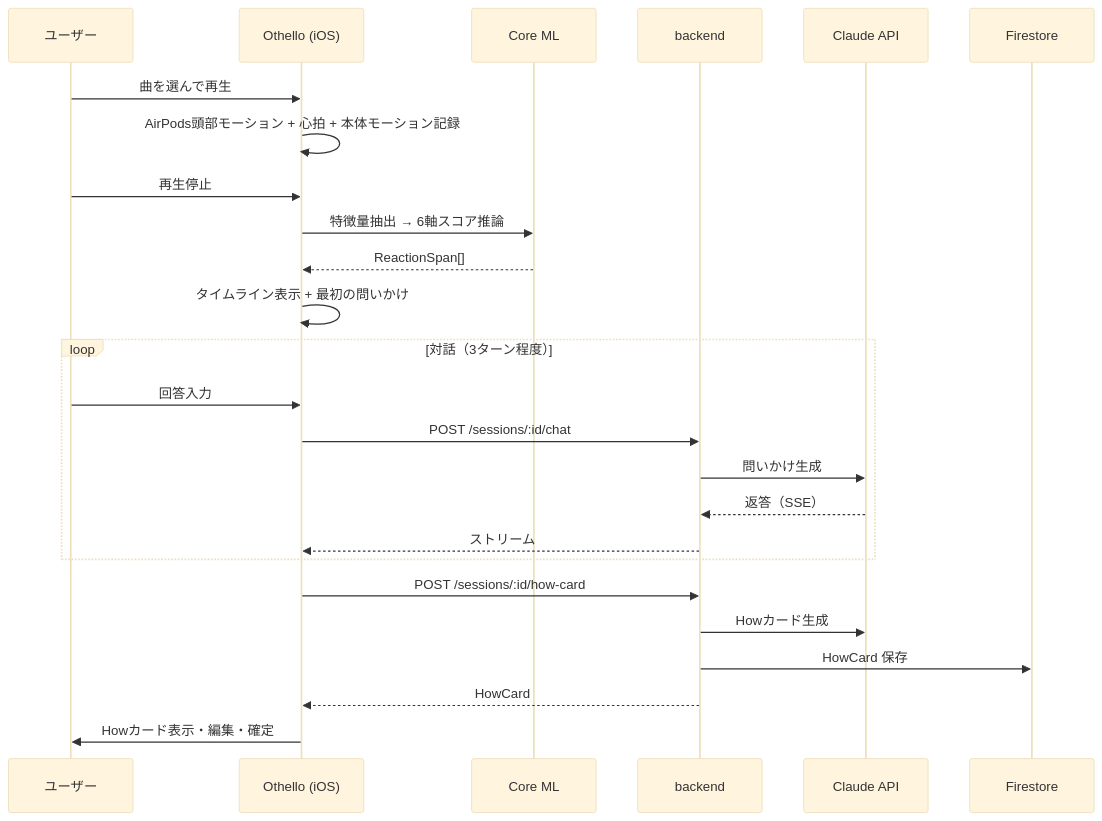
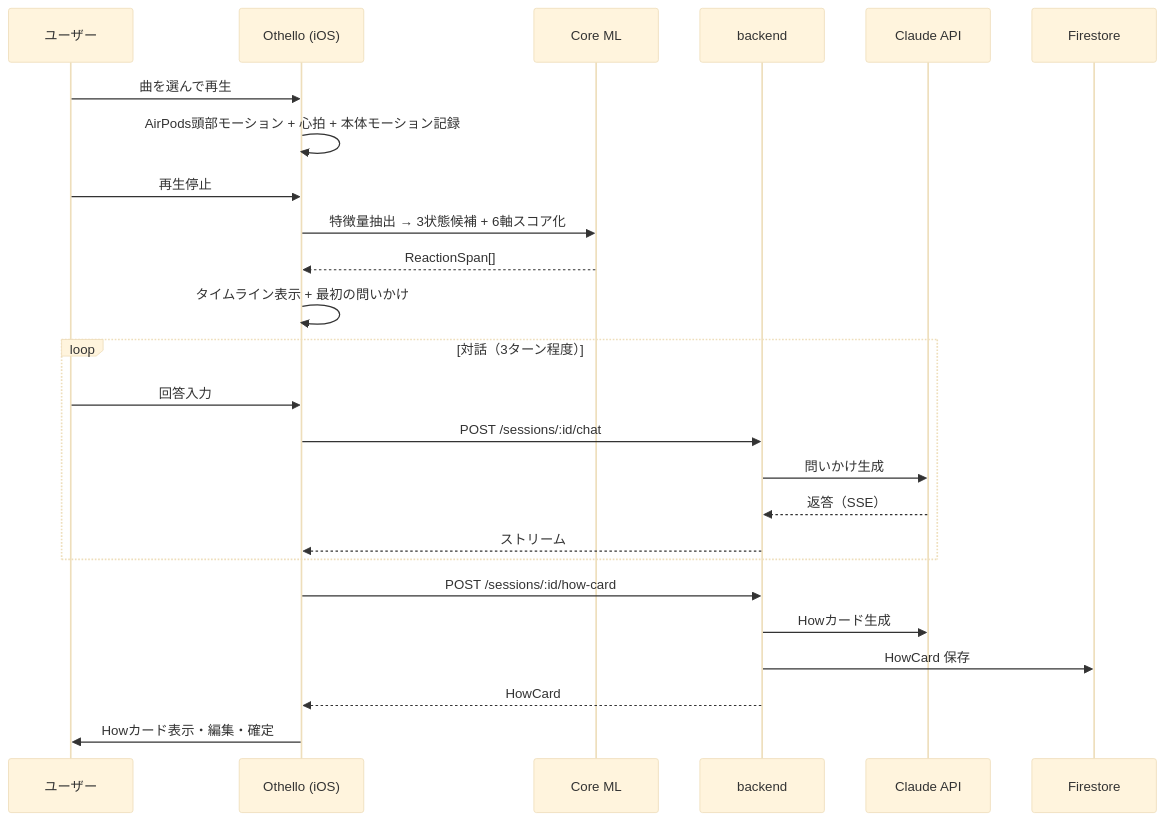
The third of 5 diagrams in docs/functional-design.md (engineer-guild-hackathon-2026-05/team-10), drawn with Mermaid (base theme) before and after one commit. The commit also changed other lines of this file and 212 other files, not shown here.

````diff
--- a/docs/functional-design.md
+++ b/docs/functional-design.md
@@ -188,28 +207,28 @@
 ```mermaid
 sequenceDiagram
     participant U as ユーザー
     participant App as Othello (iOS)
     participant ML as Core ML
     participant BE as backend
     participant LLM as Claude API
     participant DB as Firestore
 
     U->>App: 曲を選んで再生
     App->>App: AirPods頭部モーション + 心拍 + 本体モーション記録
     U->>App: 再生停止
-    App->>ML: 特徴量抽出 → 6軸スコア推論
+    App->>ML: 特徴量抽出 → 3状態候補 + 6軸スコア化
     ML-->>App: ReactionSpan[]
     App->>App: タイムライン表示 + 最初の問いかけ
     loop 対話（3ターン程度）
         U->>App: 回答入力
         App->>BE: POST /sessions/:id/chat
         BE->>LLM: 問いかけ生成
         LLM-->>BE: 返答（SSE）
         BE-->>App: ストリーム
     end
     App->>BE: POST /sessions/:id/how-card
     BE->>LLM: Howカード生成
     BE->>DB: HowCard 保存
     BE-->>App: HowCard
     App->>U: Howカード表示・編集・確定
 ```
````
